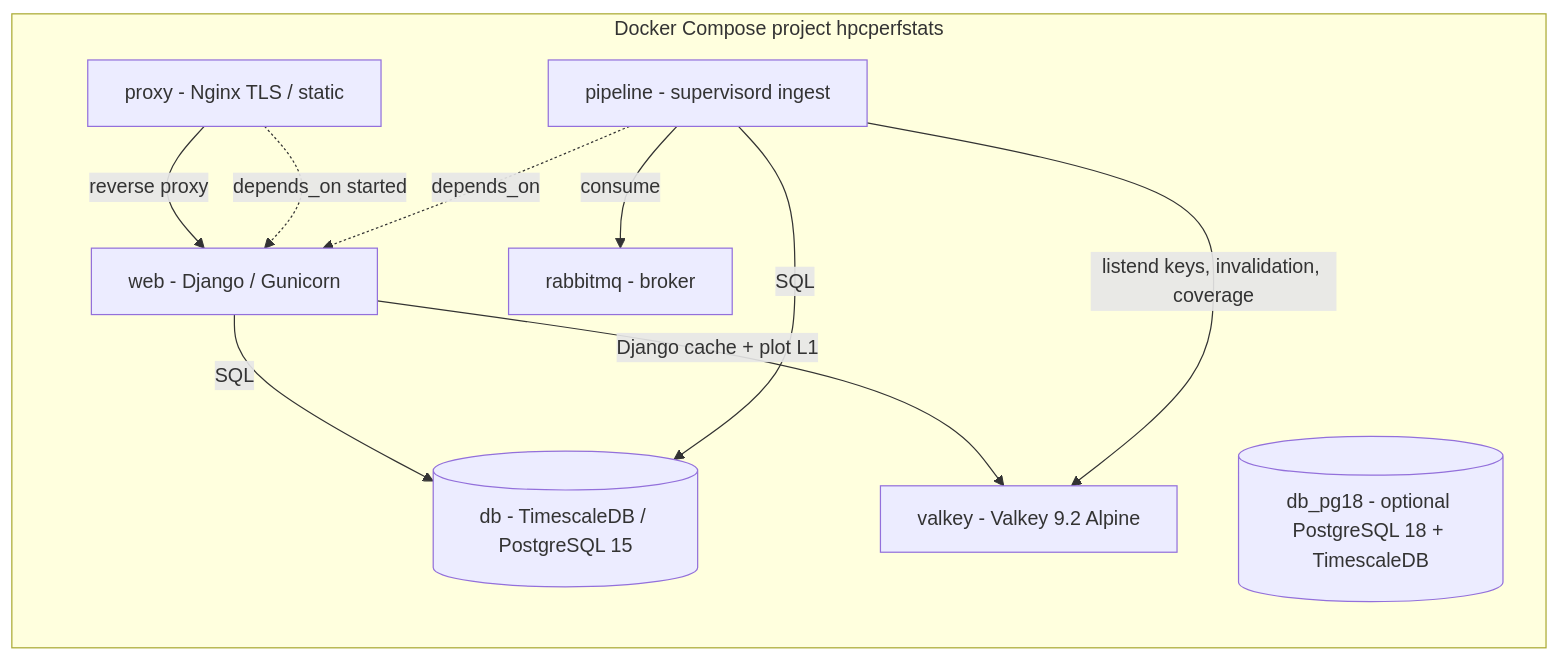
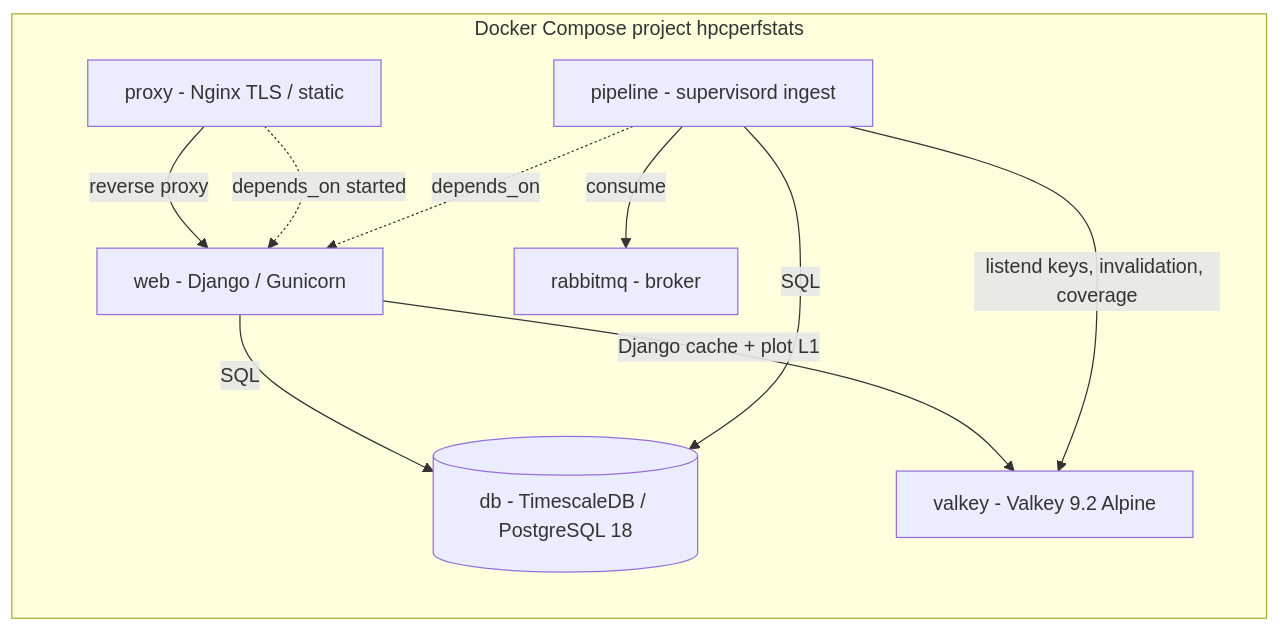
The second of 2 diagrams in docs/explanation/architecture.md (TACC/HPCPerfStats), drawn with Mermaid before and after one commit. The commit also changed other lines of this file and 53 other files, not shown here.

````diff
--- a/docs/explanation/architecture.md
+++ b/docs/explanation/architecture.md
@@ -82,24 +82,23 @@
 ```mermaid
 flowchart TB
   accTitle: Compose containers
   accDescr: proxy fronts web; web and pipeline talk to db and valkey; pipeline consumes from rabbitmq.
   subgraph compose["Docker Compose project hpcperfstats"]
     direction TB
     PXY[proxy - Nginx TLS / static]
     WEB[web - Django / Gunicorn]
     PIPE[pipeline - supervisord ingest]
-    DB[(db - TimescaleDB / PostgreSQL 15)]
-    DB18[(db_pg18 - optional PostgreSQL 18 + TimescaleDB)]
+    DB[(db - TimescaleDB / PostgreSQL 18)]
     VALKEY[valkey - Valkey 9.2 Alpine]
     RMQ[rabbitmq - broker]
   end
 
   PXY -->|reverse proxy| WEB
   WEB -->|SQL| DB
   WEB -->|Django cache + plot L1| VALKEY
   PIPE -->|SQL| DB
   PIPE -->|listend keys, invalidation, coverage| VALKEY
   PIPE -->|consume| RMQ
   PXY -.->|depends_on started| WEB
   PIPE -.->|depends_on| WEB
 ```
````
